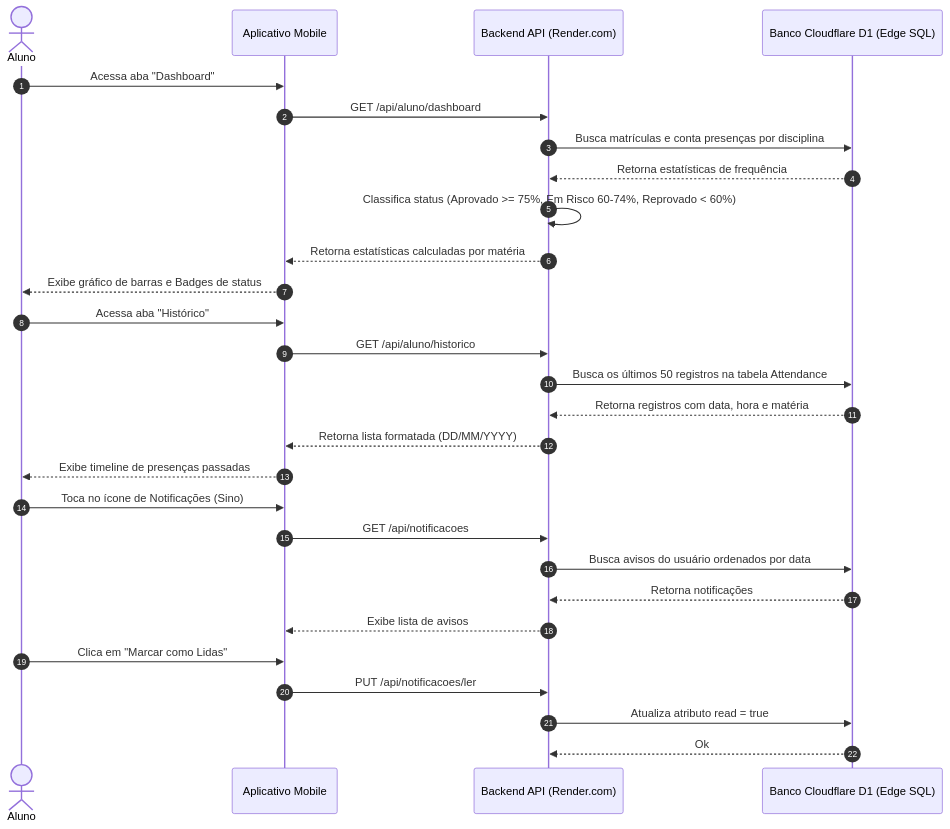
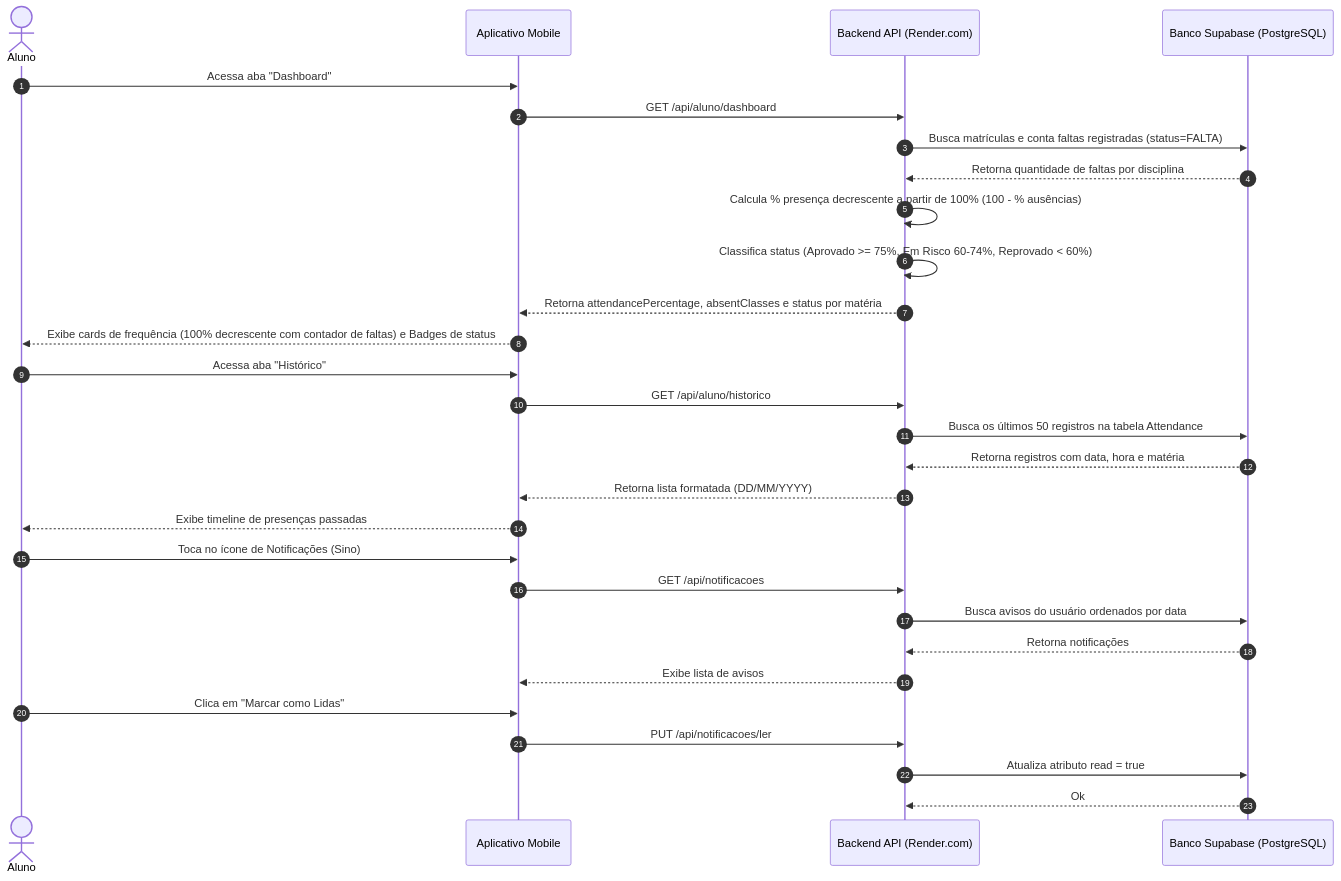
The fourth of 24 diagrams in documentacao/diagramas/fluxos.md (caneschi-lais/geoclass), drawn with Mermaid before and after one commit. The commit also changed other lines of this file and 9 other files, not shown here.

Commit message:
docs: update architecture, ERD, and flow diagrams for Supabase and remove Cloudflare and Neon references

````diff
--- a/documentacao/diagramas/fluxos.md
+++ b/documentacao/diagramas/fluxos.md
@@ -164,36 +164,37 @@
 ```mermaid
 sequenceDiagram
     autonumber
     actor Aluno
     participant App as Aplicativo Mobile
     participant API as Backend API (Render.com)
-    participant DB as Banco Cloudflare D1 (Edge SQL)
+    participant DB as Banco Supabase (PostgreSQL)
 
-    %% Dashboard de Frequência
+    %% Dashboard de Frequência (Cálculo Decrescente a partir de 100%)
     Aluno->>App: Acessa aba "Dashboard"
     App->>API: GET /api/aluno/dashboard
-    API->>DB: Busca matrículas e conta presenças por disciplina
-    DB-->>API: Retorna estatísticas de frequência
+    API->>DB: Busca matrículas e conta faltas registradas (status=FALTA)
+    DB-->>API: Retorna quantidade de faltas por disciplina
+    API->>API: Calcula % presença decrescente a partir de 100% (100 - % ausências)
     API->>API: Classifica status (Aprovado >= 75%, Em Risco 60-74%, Reprovado < 60%)
-    API-->>App: Retorna estatísticas calculadas por matéria
-    App-->>Aluno: Exibe gráfico de barras e Badges de status
+    API-->>App: Retorna attendancePercentage, absentClasses e status por matéria
+    App-->>Aluno: Exibe cards de frequência (100% decrescente com contador de faltas) e Badges de status
 
     %% Histórico Acadêmico
     Aluno->>App: Acessa aba "Histórico"
     App->>API: GET /api/aluno/historico
     API->>DB: Busca os últimos 50 registros na tabela Attendance
     DB-->>API: Retorna registros com data, hora e matéria
     API-->>App: Retorna lista formatada (DD/MM/YYYY)
     App-->>Aluno: Exibe timeline de presenças passadas
 
     %% Notificações
     Aluno->>App: Toca no ícone de Notificações (Sino)
     App->>API: GET /api/notificacoes
     API->>DB: Busca avisos do usuário ordenados por data
     DB-->>API: Retorna notificações
     API-->>App: Exibe lista de avisos
     Aluno->>App: Clica em "Marcar como Lidas"
     App->>API: PUT /api/notificacoes/ler
     API->>DB: Atualiza atributo read = true
     DB-->>API: Ok
 ```
````
